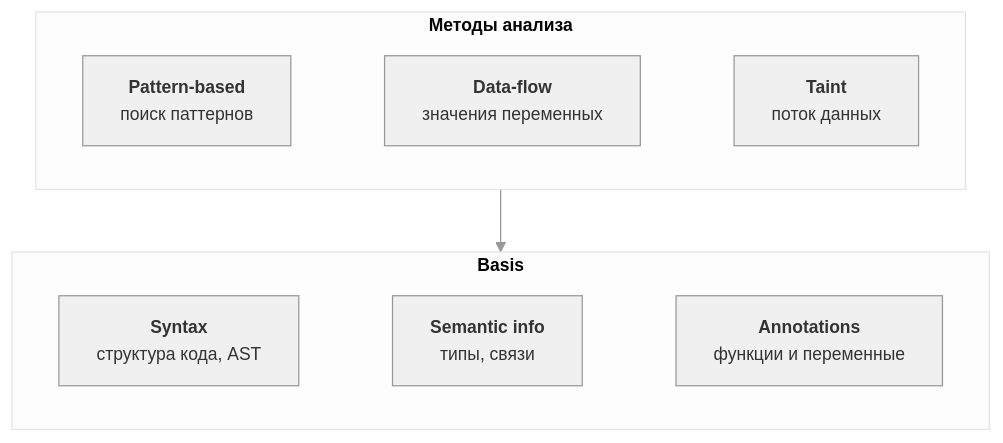
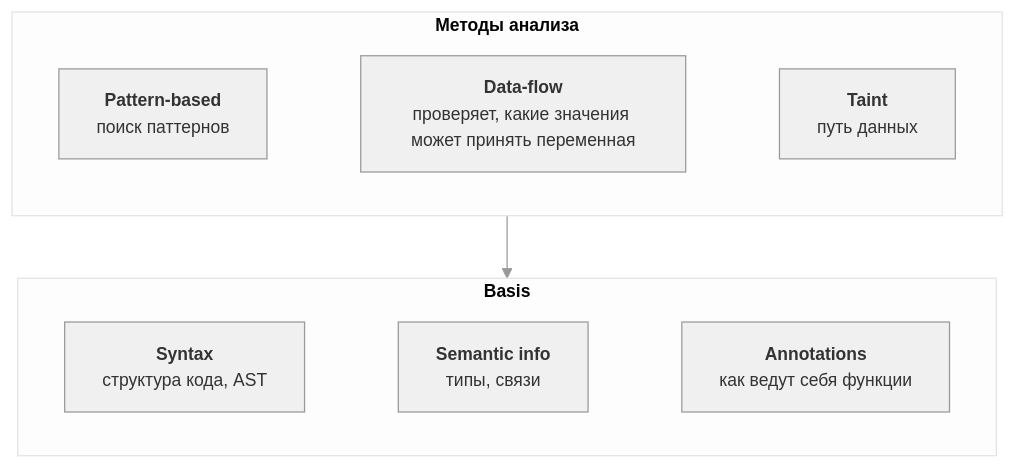
Before and after one commit to Otto-7/mcp: the diagram in docs/research/sast-basics.md, drawn with Mermaid.

Commit message:
Update descriptions in SAST methods and basis sections

````diff
--- a/docs/research/sast-basics.md
+++ b/docs/research/sast-basics.md
@@ -2,27 +2,27 @@
 ```mermaid
 %%{init: {'theme':'base', 'themeVariables': {
   'primaryColor': '#f0f0f0',
   'primaryTextColor': '#333333',
   'primaryBorderColor': '#999999',
   'lineColor': '#999999',
   'fontSize': '14px'
 }}}%%
 flowchart TD
     subgraph Methods["<b>Методы анализа</b>"]
         direction LR
         P["<b>Pattern-based</b><br/>поиск паттернов"]
-        D["<b>Data-flow</b><br/>значения переменных"]
-        T["<b>Taint</b><br/>поток данных"]
+        D["<b>Data-flow</b><br/>проверяет, какие значения может принять переменная"]
+        T["<b>Taint</b><br/>путь данных"]
         P ~~~ D ~~~ T
     end
 
     subgraph Basis["<b>Basis</b>"]
         direction LR
         S["<b>Syntax</b><br/>структура кода, AST"]
         SI["<b>Semantic info</b><br/>типы, связи"]
-        AN["<b>Annotations</b><br/>функции и переменные"]
+        AN["<b>Annotations</b><br/>как ведут себя функции"]
         S ~~~ SI ~~~ AN
     end
 
     Methods --> Basis
 ```
````
